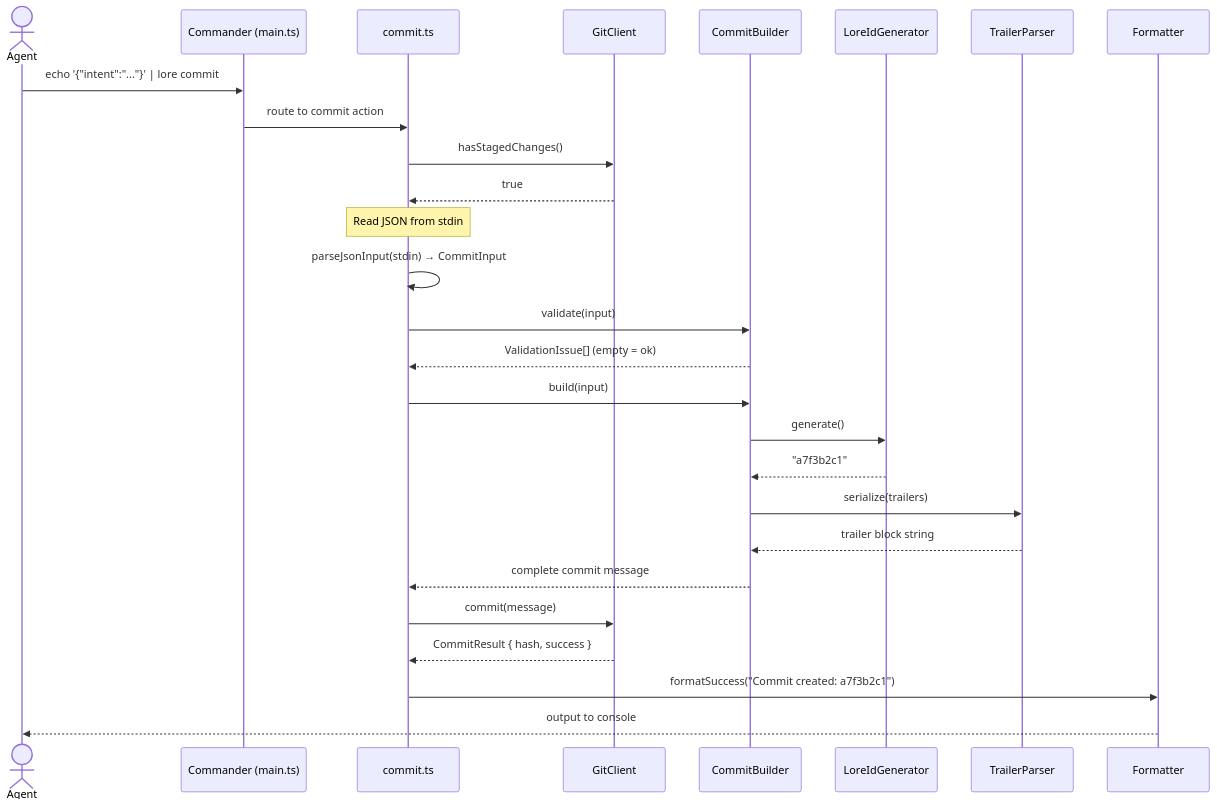
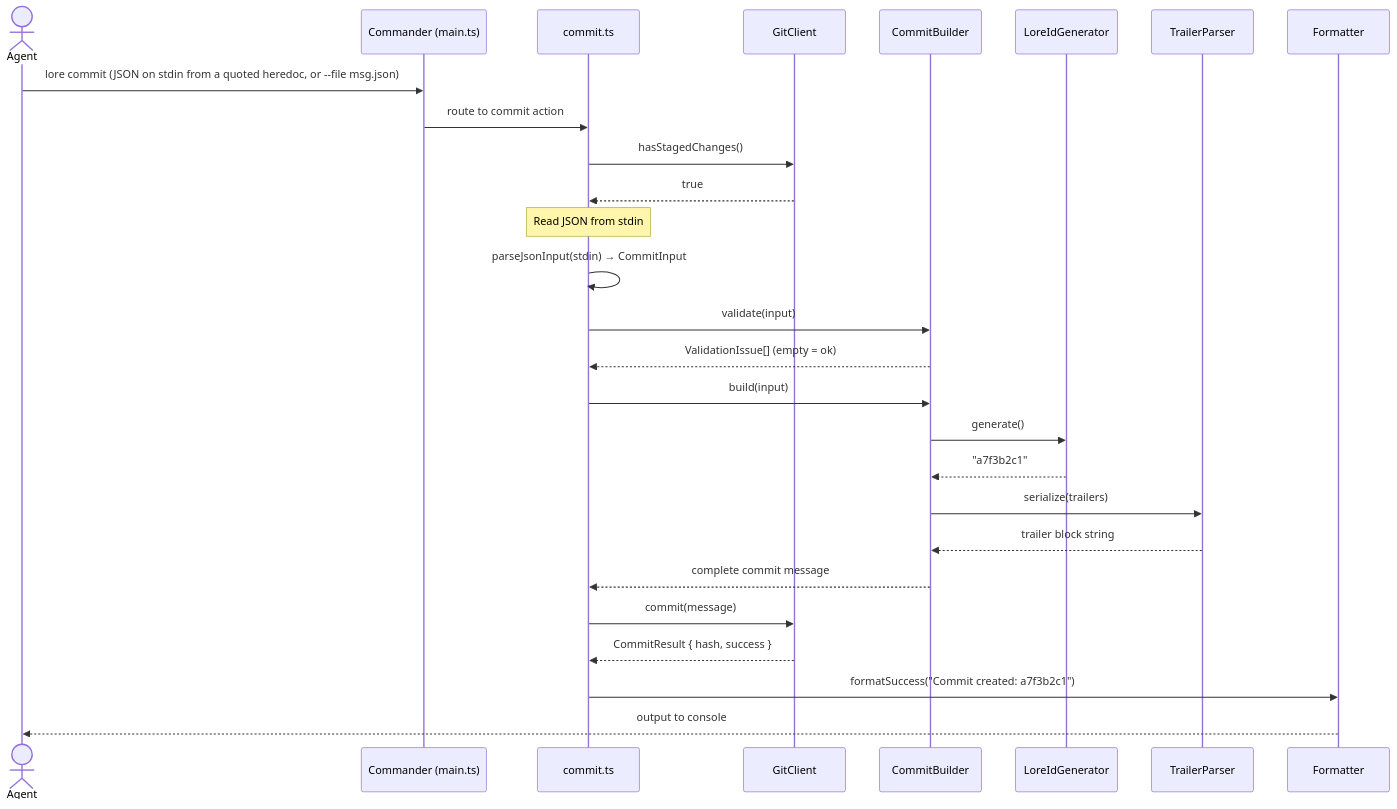
The fifth of 7 diagrams in documents/PROJECT_ARCHITECTURE.md (Ian-stetsenko/lore-protocol), drawn with Mermaid before and after one commit. The commit also changed other lines of this file, not shown here.

First line of the commit message:
docs(architecture): sync formatter count, skills size, commit diagram

````diff
--- a/documents/PROJECT_ARCHITECTURE.md
+++ b/documents/PROJECT_ARCHITECTURE.md
@@ -805,36 +805,36 @@
 ```mermaid
 sequenceDiagram
     actor Agent
     participant CLI as Commander (main.ts)
     participant CMD as commit.ts
     participant GC as GitClient
     participant CB as CommitBuilder
     participant LIG as LoreIdGenerator
     participant TP as TrailerParser
     participant FMT as Formatter
 
-    Agent->>CLI: echo '{"intent":"..."}' | lore commit
+    Agent->>CLI: lore commit (JSON on stdin from a quoted heredoc, or --file msg.json)
     CLI->>CMD: route to commit action
 
     CMD->>GC: hasStagedChanges()
     GC-->>CMD: true
 
     Note over CMD: Read JSON from stdin
     CMD->>CMD: parseJsonInput(stdin) → CommitInput
 
     CMD->>CB: validate(input)
     CB-->>CMD: ValidationIssue[] (empty = ok)
 
     CMD->>CB: build(input)
     CB->>LIG: generate()
     LIG-->>CB: "a7f3b2c1"
     CB->>TP: serialize(trailers)
     TP-->>CB: trailer block string
     CB-->>CMD: complete commit message
 
     CMD->>GC: commit(message)
     GC-->>CMD: CommitResult { hash, success }
 
     CMD->>FMT: formatSuccess("Commit created: a7f3b2c1")
     FMT-->>Agent: output to console
 ```
````
